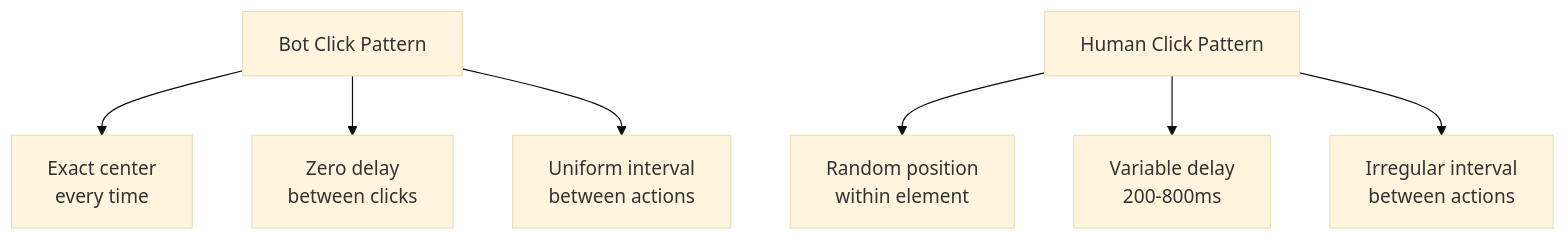
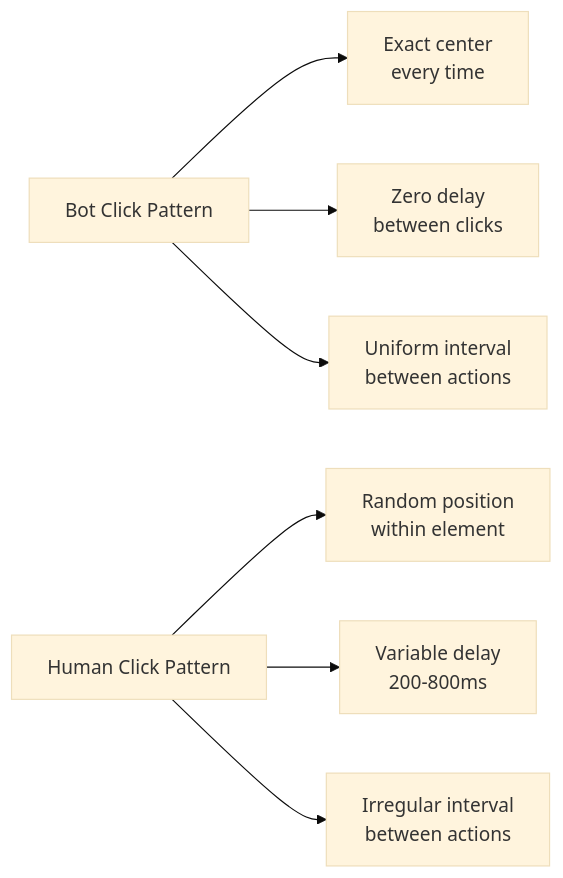
Before and after one commit to bytetunnels/bytetunnels.github.com: the third of 4 diagrams in _posts/2026-02-24-anti-bot-evasion-playwright-techniques-that-work.md, drawn with Mermaid (base theme). The commit also changed other lines of this file and 118 other files, not shown here.

Commit message:
feat: improve diagram styling and compact wide flowcharts

````diff
--- a/_posts/2026-02-24-anti-bot-evasion-playwright-techniques-that-work.md
+++ b/_posts/2026-02-24-anti-bot-evasion-playwright-techniques-that-work.md
@@ -280,9 +280,9 @@
 ```mermaid
-graph TD
-    A[Bot Click Pattern] --> B[Exact center<br>every time]
-    A --> C[Zero delay<br>between clicks]
-    A --> D[Uniform interval<br>between actions]
-    E[Human Click Pattern] --> F[Random position<br>within element]
-    E --> G[Variable delay<br>200-800ms]
-    E --> H[Irregular interval<br>between actions]
+graph LR
+    A[Bot Click Pattern] --> B["Exact center<br/>every time"]
+    A --> C["Zero delay<br/>between clicks"]
+    A --> D["Uniform interval<br/>between actions"]
+    E[Human Click Pattern] --> F["Random position<br/>within element"]
+    E --> G["Variable delay<br/>200-800ms"]
+    E --> H["Irregular interval<br/>between actions"]
 ```
````
